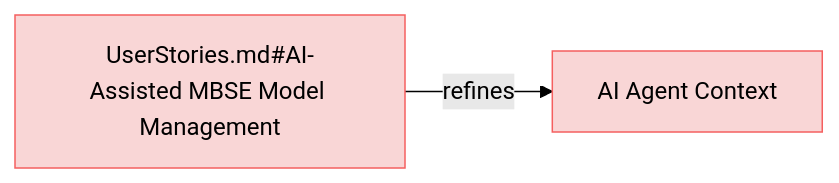
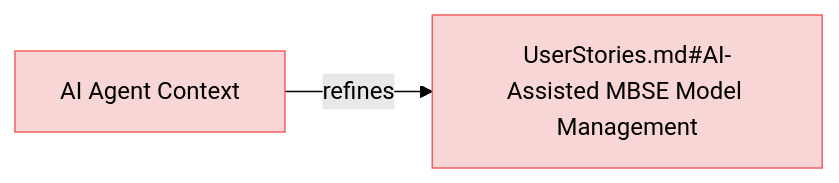
One commit to reqvire-org/reqvire changed the eighth of 9 diagrams in specifications/UserRequirements.md. Above: the diagram before and after it, drawn with Mermaid (forest theme). The commit also changed other lines of this file and 22 other files, not shown here.

````diff
--- a/specifications/UserRequirements.md
+++ b/specifications/UserRequirements.md
@@ -582,16 +582,16 @@
 ```mermaid
 graph LR;
   %% Graph styling
   classDef requirement fill:#f9d6d6,stroke:#f55f5f,stroke-width:1px;
   classDef verification fill:#d6f9d6,stroke:#5fd75f,stroke-width:1px;
   classDef externalLink fill:#d0e0ff,stroke:#3080ff,stroke-width:1px;
   classDef default fill:#f5f5f5,stroke:#333333,stroke-width:1px;
 
   7fd9156eac77c270["AI Agent Context"];
-  click 7fd9156eac77c270 "https://github.com/Reqvire/reqvire/blob/667635d4628fed400323f7df3689af2dbc2ad666/specifications/UserRequirements.md#ai-agent-context";
+  click 7fd9156eac77c270 "https://github.com/Reqvire/reqvire/blob/ad88ba6b828e94c93382866fefd058c011c1ac60/specifications/UserRequirements.md#ai-agent-context";
   class 7fd9156eac77c270 requirement;
   8fc677b7413bb247["UserStories.md#AI-Assisted MBSE Model Management"];
   class 8fc677b7413bb247 requirement;
-  click 8fc677b7413bb247 "https://github.com/Reqvire/reqvire/blob/667635d4628fed400323f7df3689af2dbc2ad666/specifications/UserStories.md#ai-assisted-mbse-model-management";
-  8fc677b7413bb247 -->|refines| 7fd9156eac77c270;
+  click 8fc677b7413bb247 "https://github.com/Reqvire/reqvire/blob/ad88ba6b828e94c93382866fefd058c011c1ac60/specifications/UserStories.md#ai-assisted-mbse-model-management";
+  7fd9156eac77c270 -->|refines| 8fc677b7413bb247;
 ```
````
